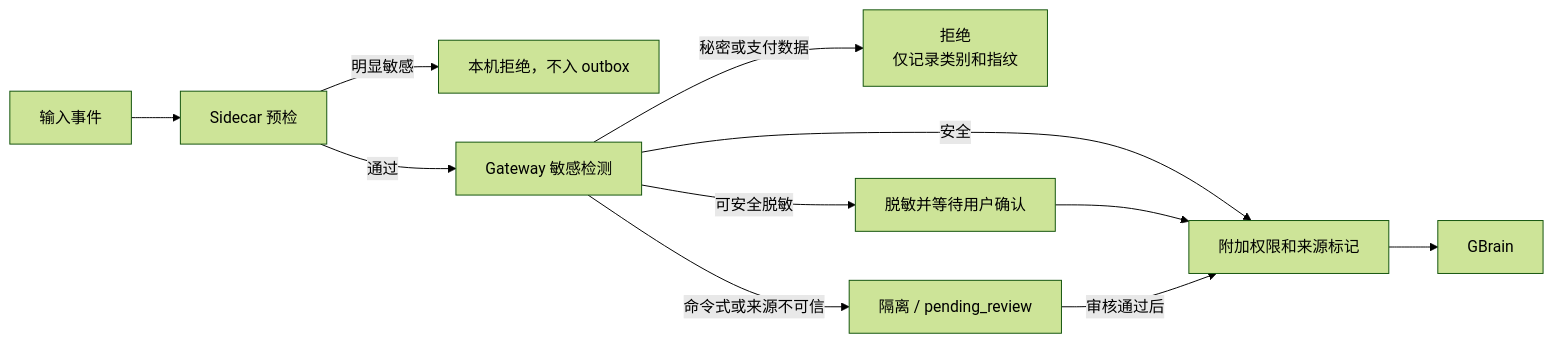
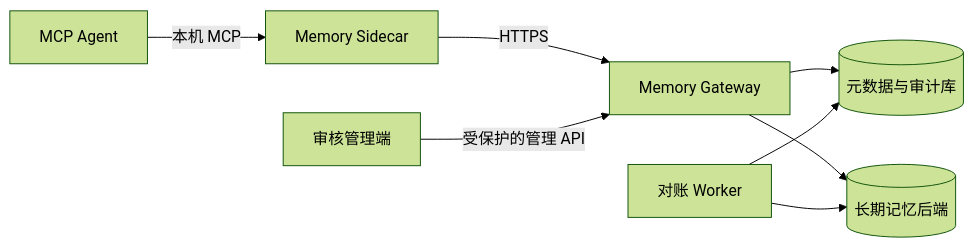
The diagram in docs/design-v2.md (Buildlee/agent-memory-gateway), drawn with Mermaid (forest theme) before and after one commit. The commit also changed other lines of this file and 94 other files, not shown here.

````diff
--- a/docs/design-v2.md
+++ b/docs/design-v2.md
@@ -736,13 +26,10 @@
 ```mermaid
 flowchart LR
-  I["输入事件"] --> S["Sidecar 预检"]
-  S -->|明显敏感| SR["本机拒绝，不入 outbox"]
-  S -->|通过| G["Gateway 敏感检测"]
-  G -->|秘密或支付数据| R["拒绝<br/>仅记录类别和指纹"]
-  G -->|可安全脱敏| D["脱敏并等待用户确认"]
-  G -->|命令式或来源不可信| Q["隔离 / pending_review"]
-  G -->|安全| P["附加权限和来源标记"]
-  D --> P
-  Q -->|"审核通过后"| P
-  P --> B["GBrain"]
+  A["MCP Agent"] -->|"本机 MCP"| S["Memory Sidecar"]
+  S -->|"HTTPS"| G["Memory Gateway"]
+  G --> M[("元数据与审计库")]
+  G --> B[("长期记忆后端")]
+  W["对账 Worker"] --> M
+  W --> B
+  O["审核管理端"] -->|"受保护的管理 API"| G
 ```
````
